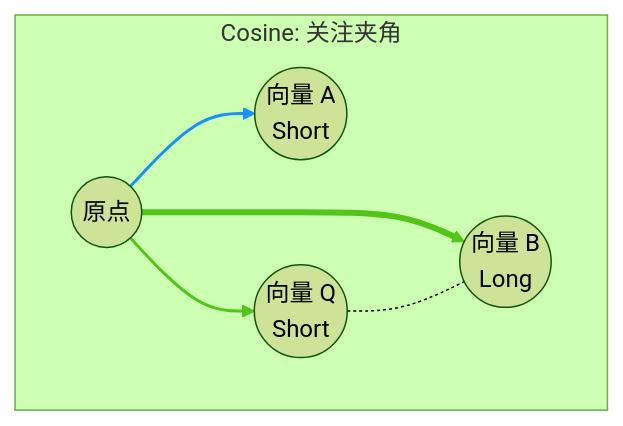
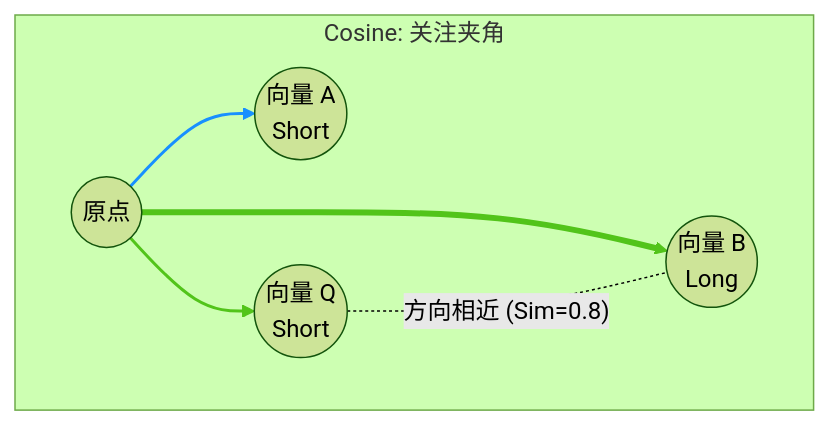
One commit to ThreeFish-AI/agentic-ai-cognizes changed diagram 22 of 37 in docs/research/003-vector-search-algorithm.md. Above: the diagram before and after it, drawn with Mermaid (forest theme). The commit also changed other lines of this file, not shown here.

````diff
--- a/docs/research/003-vector-search-algorithm.md
+++ b/docs/research/003-vector-search-algorithm.md
@@ -1623,20 +1632,20 @@
 ```mermaid
 graph TB
     subgraph "Cosine: 关注夹角"
         O((原点))
         A((向量 A <br/> Short))
         B((向量 B <br/> Long))
         Q((向量 Q <br/> Short))
 
         O --> A
         O --> B
         O --> Q
 
         linkStyle 0 stroke:#1890ff,stroke-width:2px;
         linkStyle 1 stroke:#52c41a,stroke-width:4px;
         linkStyle 2 stroke:#52c41a,stroke-width:2px;
 
         %% Label: Q and B have different lengths but same direction
-        Q -.- B
+        Q -.- |"方向相近 (Sim=0.8)"| B
     end
 ```
````
